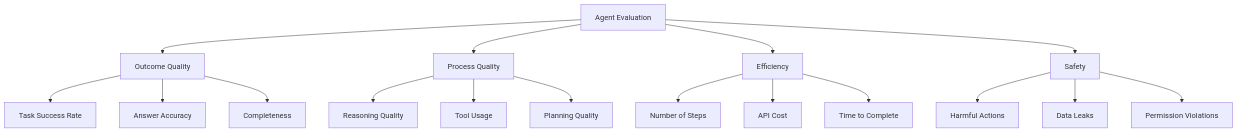
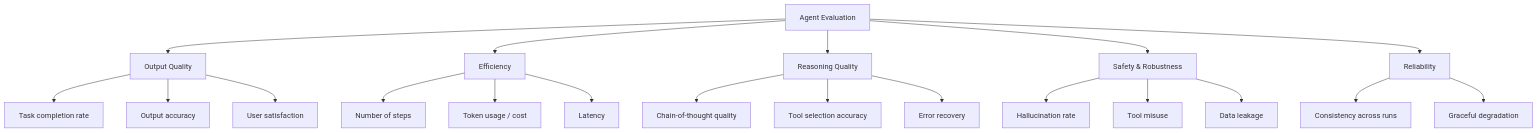
One commit to vanos001/placement_prep changed the first of 2 diagrams in src/ml/agents/evaluation.md. Above: the diagram before and after it, drawn with Mermaid. The commit also changed other lines of this file and 20 other files, not shown here.

````diff
--- a/src/ml/agents/evaluation.md
+++ b/src/ml/agents/evaluation.md
@@ -9,24 +9,28 @@
 ```mermaid
 graph TD
     EVAL[Agent Evaluation]
-    EVAL --> OUTCOME[Outcome Quality]
-    EVAL --> PROCESS[Process Quality]
+    EVAL --> QUALITY[Output Quality]
     EVAL --> EFFICIENCY[Efficiency]
-    EVAL --> SAFETY_EVAL[Safety]
-
-    OUTCOME --> SUCCESS[Task Success Rate]
-    OUTCOME --> ACCURACY[Answer Accuracy]
-    OUTCOME --> COMPLETENESS[Completeness]
-
-    PROCESS --> REASONING[Reasoning Quality]
-    PROCESS --> TOOL_USE[Tool Usage]
-    PROCESS --> PLANNING_EVAL[Planning Quality]
-
-    EFFICIENCY --> STEPS[Number of Steps]
-    EFFICIENCY --> COST[API Cost]
-    EFFICIENCY --> TIME[Time to Complete]
-
-    SAFETY_EVAL --> HARM[Harmful Actions]
-    SAFETY_EVAL --> LEAK[Data Leaks]
-    SAFETY_EVAL --> PERMISSION[Permission Violations]
+    EVAL --> REASONING[Reasoning Quality]
+    EVAL --> SAFETY[Safety & Robustness]
+    EVAL --> RELIABILITY[Reliability]
+    
+    QUALITY --> Q1[Task completion rate]
+    QUALITY --> Q2[Output accuracy]
+    QUALITY --> Q3[User satisfaction]
+    
+    EFFICIENCY --> E1[Number of steps]
+    EFFICIENCY --> E2[Token usage / cost]
+    EFFICIENCY --> E3[Latency]
+    
+    REASONING --> R1[Chain-of-thought quality]
+    REASONING --> R2[Tool selection accuracy]
+    REASONING --> R3[Error recovery]
+    
+    SAFETY --> S1[Hallucination rate]
+    SAFETY --> S2[Tool misuse]
+    SAFETY --> S3[Data leakage]
+    
+    RELIABILITY --> REL1[Consistency across runs]
+    RELIABILITY --> REL2[Graceful degradation]
 ```
````
